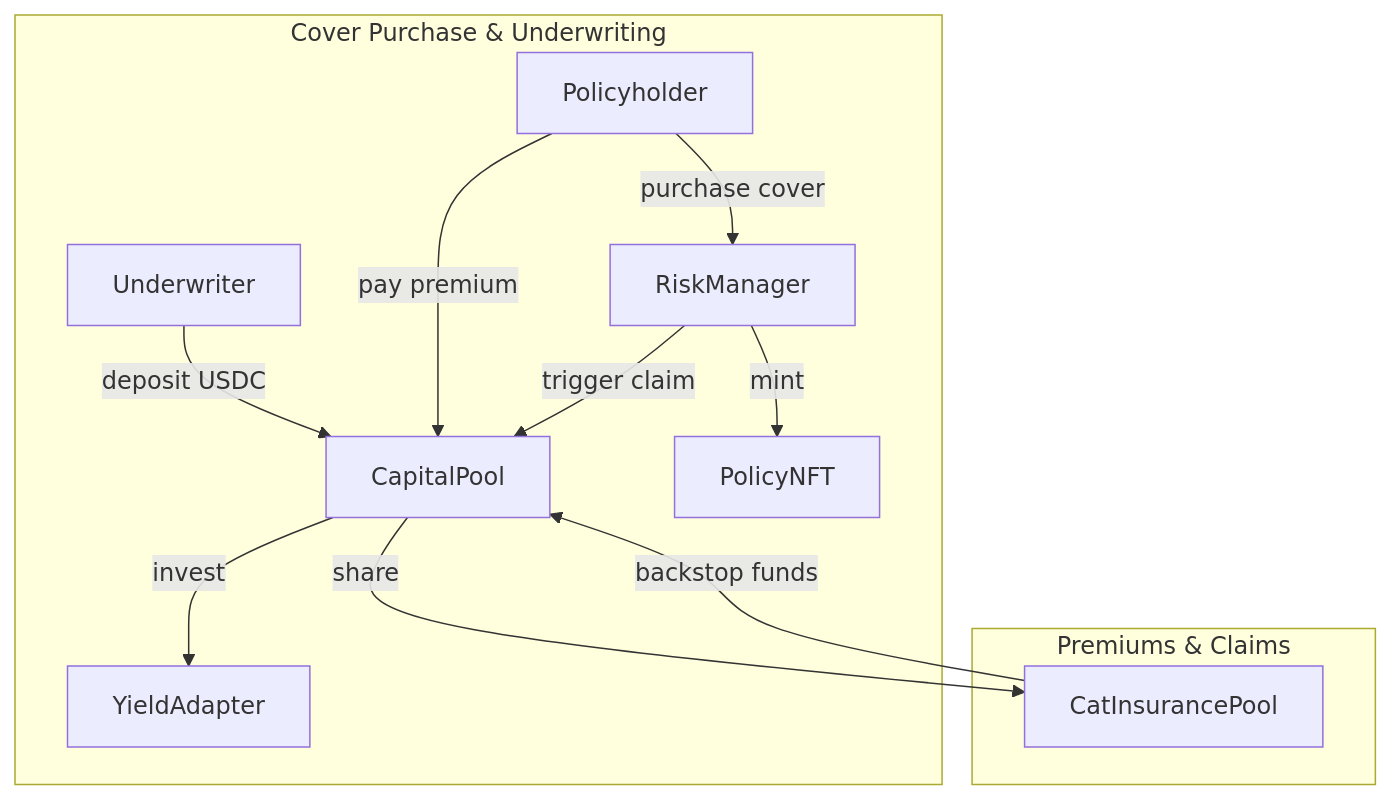
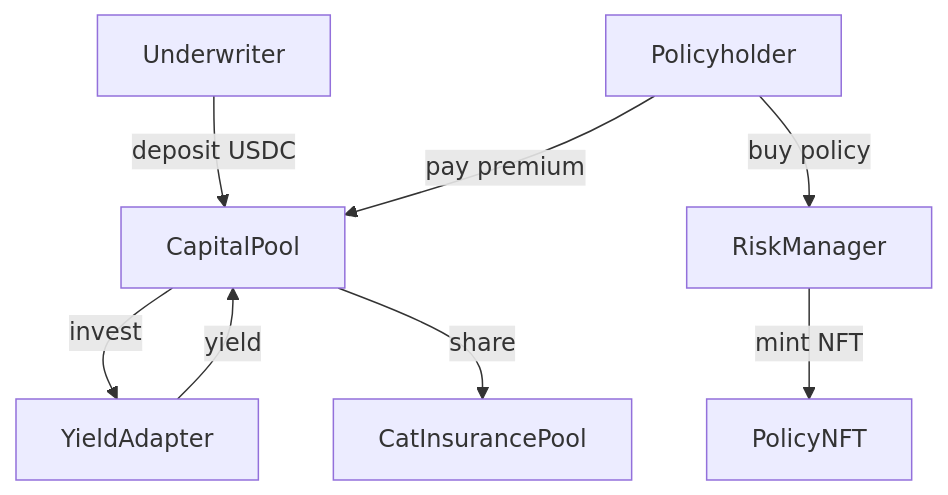
The first of 2 diagrams in README.md (Amplify-Insurance/monorepo), drawn with Mermaid before and after one commit. The commit also changed other lines of this file, not shown here.

Commit message:
docs: add capital flow diagrams

````diff
--- a/README.md
+++ b/README.md
@@ -123,16 +123,10 @@
 ```mermaid
 graph TD
-    subgraph "Cover Purchase & Underwriting"
-        Underwriter -->|deposit USDC| CapitalPool
-        CapitalPool -->|invest| YieldAdapter
-        Policyholder -->|purchase cover| RiskManager
-        RiskManager -->|mint| PolicyNFT
-    end
-
-    subgraph "Premiums & Claims"
-        Policyholder -->|pay premium| CapitalPool
-        CapitalPool -->|share| CatInsurancePool
-        RiskManager -->|trigger claim| CapitalPool
-        CatInsurancePool -->|backstop funds| CapitalPool
-    end
+    Underwriter -->|deposit USDC| CapitalPool
+    CapitalPool -->|invest| YieldAdapter
+    YieldAdapter -->|yield| CapitalPool
+    Policyholder -->|buy policy| RiskManager
+    RiskManager -->|mint NFT| PolicyNFT
+    Policyholder -->|pay premium| CapitalPool
+    CapitalPool -->|share| CatInsurancePool
 ```
````
